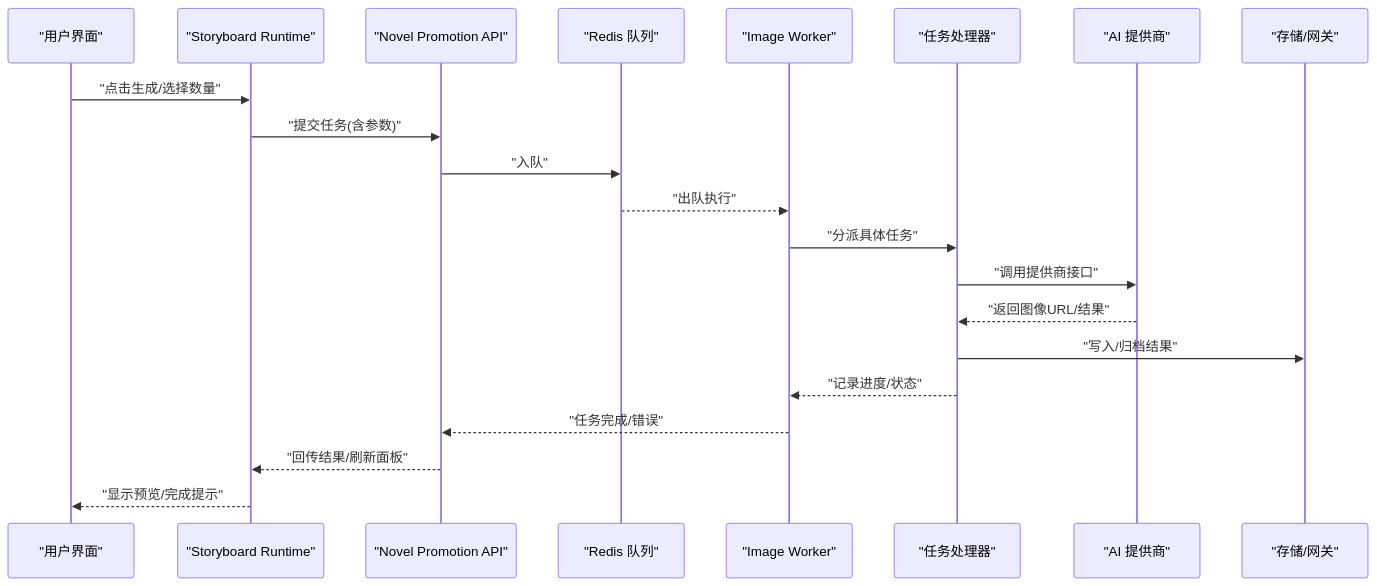
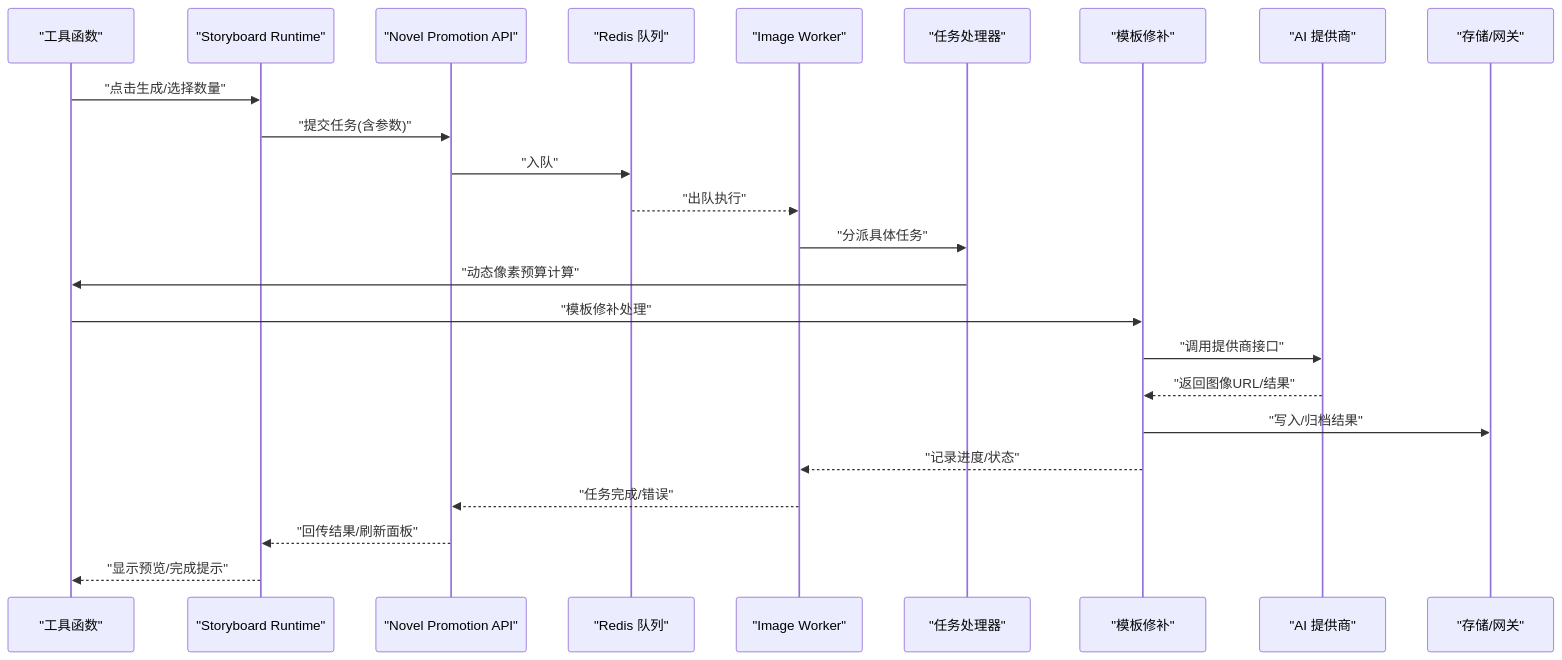
The second of 10 diagrams in .qoder/repowiki/zh/content/小说推广工作流/图像生成集成.md (lyl2021/waoowaoo), drawn with Mermaid before and after one commit. The commit also changed other lines of this file and 15 other files, not shown here.

````diff
--- a/.qoder/repowiki/zh/content/小说推广工作流/图像生成集成.md
+++ b/.qoder/repowiki/zh/content/小说推广工作流/图像生成集成.md
@@ -206,23 +234,27 @@
 ```mermaid
 sequenceDiagram
 participant U as "用户界面"
 participant R as "Storyboard Runtime"
 participant A as "Novel Promotion API"
 participant Q as "Redis 队列"
 participant W as "Image Worker"
 participant H as "任务处理器"
+participant U as "工具函数"
+participant L as "模板修补"
 participant P as "AI 提供商"
 participant S as "存储/网关"
 U->>R : "点击生成/选择数量"
 R->>A : "提交任务(含参数)"
 A->>Q : "入队"
 Q-->>W : "出队执行"
 W->>H : "分派具体任务"
-H->>P : "调用提供商接口"
-P-->>H : "返回图像URL/结果"
-H->>S : "写入/归档结果"
-H-->>W : "记录进度/状态"
+H->>U : "动态像素预算计算"
+U->>L : "模板修补处理"
+L->>P : "调用提供商接口"
+P-->>L : "返回图像URL/结果"
+L->>S : "写入/归档结果"
+L-->>W : "记录进度/状态"
 W-->>A : "任务完成/错误"
 A-->>R : "回传结果/刷新面板"
 R-->>U : "显示预览/完成提示"
 ```
````
